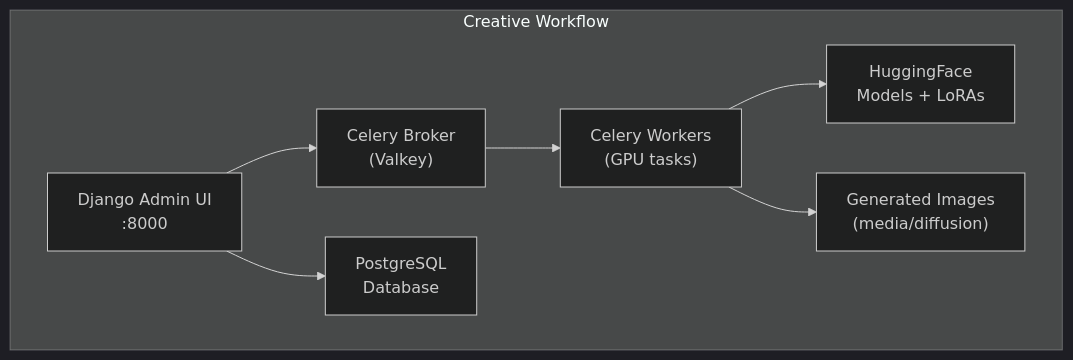
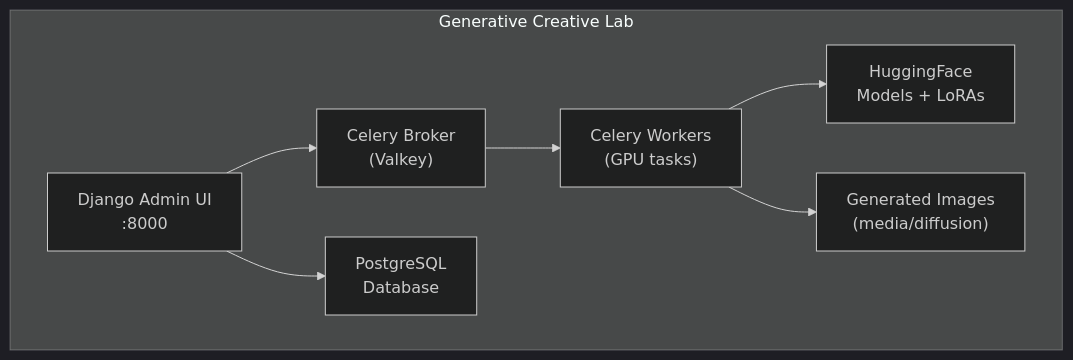
One commit to andrewmarconi/creative-workflow changed the first of 6 diagrams in docs/guides/architecture.rst. Above: the diagram before and after it, drawn with Mermaid (dark theme). The commit also changed other lines of this file and 26 other files, not shown here.

First line of the commit message:
Rename project from "Creative Workflow" to "Generative Creative Lab"

```diff
--- a/docs/guides/architecture.rst
+++ b/docs/guides/architecture.rst
@@ -18,17 +18,17 @@
 .. mermaid::
 
    flowchart TB
-       subgraph cw["Creative Workflow"]
+       subgraph cw["Generative Creative Lab"]
            admin["Django Admin UI<br/>:8000"]
            broker["Celery Broker<br/>(Valkey)"]
            workers["Celery Workers<br/>(GPU tasks)"]
            db["PostgreSQL<br/>Database"]
            models["HuggingFace<br/>Models + LoRAs"]
            images["Generated Images<br/>(media/diffusion)"]
        end
 
        admin --> broker
        broker --> workers
        admin --> db
        workers --> models
        workers --> images
```
